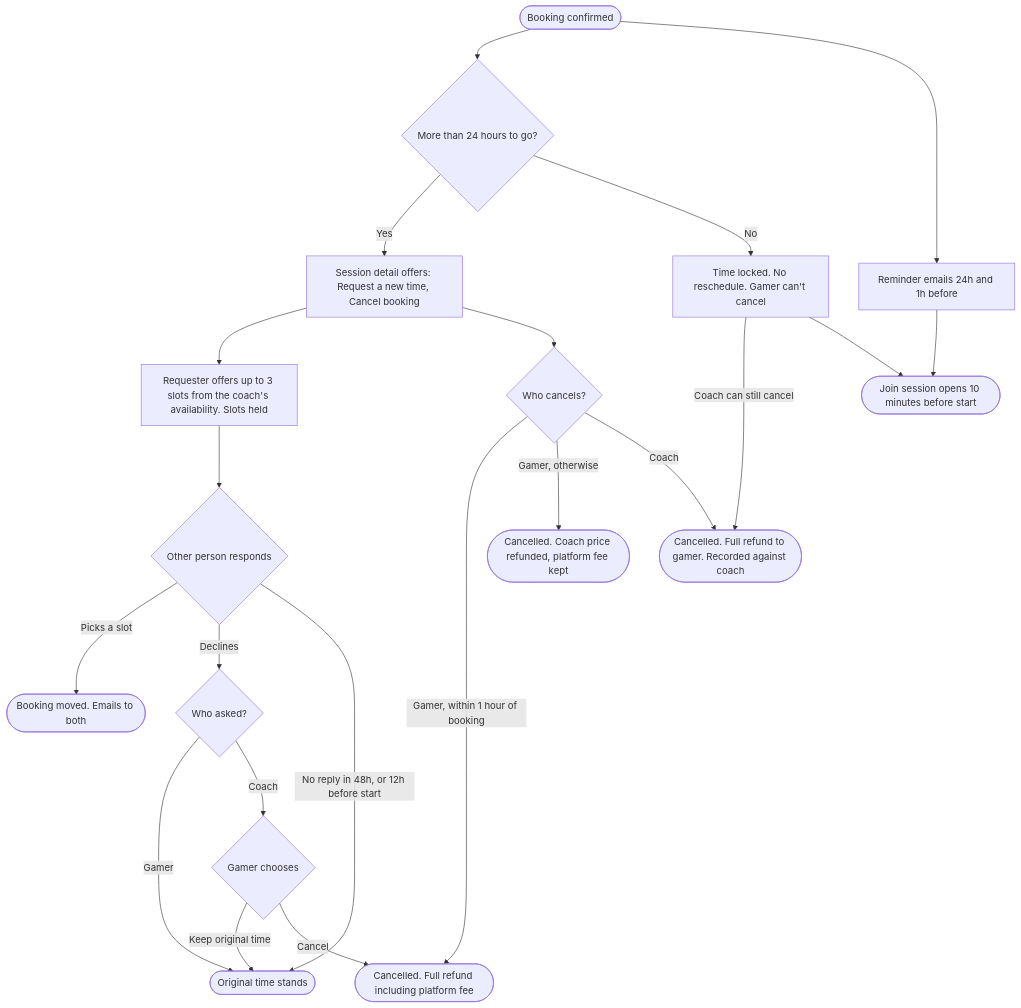
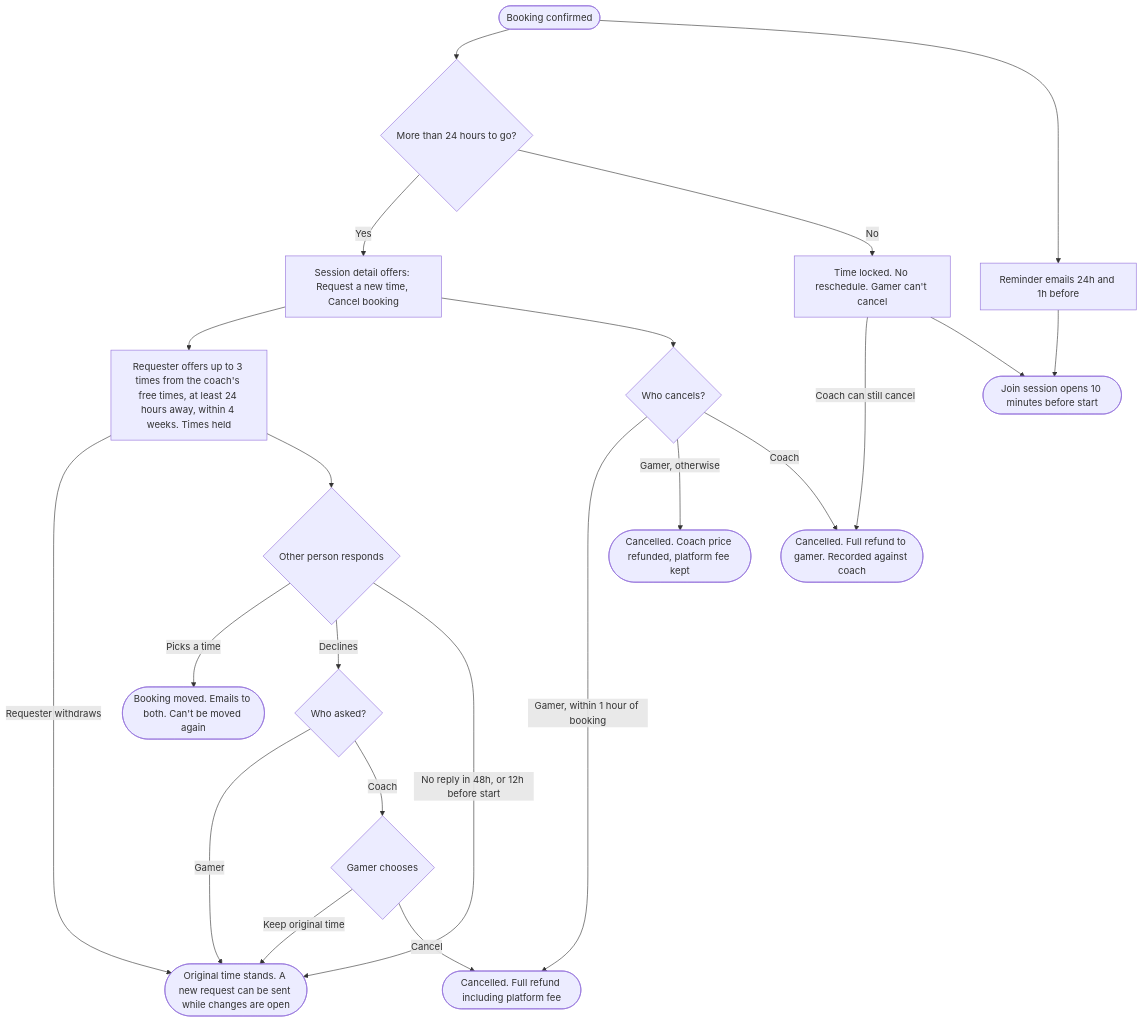
Before and after one commit to ILoveWaterSm/Harbourly-Waitlist-2.0: the fourth of 13 diagrams in design/USER-FLOW.md, drawn with Mermaid. The commit also changed other lines of this file and 4 other files, not shown here.

First line of the commit message:
Phase 2 decisions: live session, session detail, disputes; flow diagrams 4 to 7 and build order updated

````diff
--- a/design/USER-FLOW.md
+++ b/design/USER-FLOW.md
@@ -137,27 +137,28 @@
 ```mermaid
 flowchart TD
   Confirmed(["Booking confirmed"]) --> Window{"More than 24 hours to go?"}
 
   Window -->|"Yes"| Options["Session detail offers: Request a new time, Cancel booking"]
   Window -->|"No"| Locked["Time locked. No reschedule. Gamer can't cancel"]
 
-  Options --> Req["Requester offers up to 3 slots from the coach's availability. Slots held"]
+  Options --> Req["Requester offers up to 3 times from the coach's free times, at least 24 hours away, within 4 weeks. Times held"]
+  Req -->|"Requester withdraws"| Stands
   Req --> Other{"Other person responds"}
-  Other -->|"Picks a slot"| Moved(["Booking moved. Emails to both"])
+  Other -->|"Picks a time"| Moved(["Booking moved. Emails to both. Can't be moved again"])
   Other -->|"Declines"| WhoAsked{"Who asked?"}
-  WhoAsked -->|"Gamer"| Stands(["Original time stands"])
+  WhoAsked -->|"Gamer"| Stands(["Original time stands. A new request can be sent while changes are open"])
   WhoAsked -->|"Coach"| GamerChoice{"Gamer chooses"}
   GamerChoice -->|"Keep original time"| Stands
   GamerChoice -->|"Cancel"| FullRefund(["Cancelled. Full refund including platform fee"])
   Other -->|"No reply in 48h, or 12h before start"| Stands
 
   Options --> CancelWho{"Who cancels?"}
   CancelWho -->|"Gamer, within 1 hour of booking"| FullRefund
   CancelWho -->|"Gamer, otherwise"| PartRefund(["Cancelled. Coach price refunded, platform fee kept"])
   CancelWho -->|"Coach"| CoachCancel(["Cancelled. Full refund to gamer. Recorded against coach"])
   Locked -->|"Coach can still cancel"| CoachCancel
 
   Confirmed --> Remind["Reminder emails 24h and 1h before"]
   Remind --> Join(["Join session opens 10 minutes before start"])
   Locked --> Join
 ```
````
